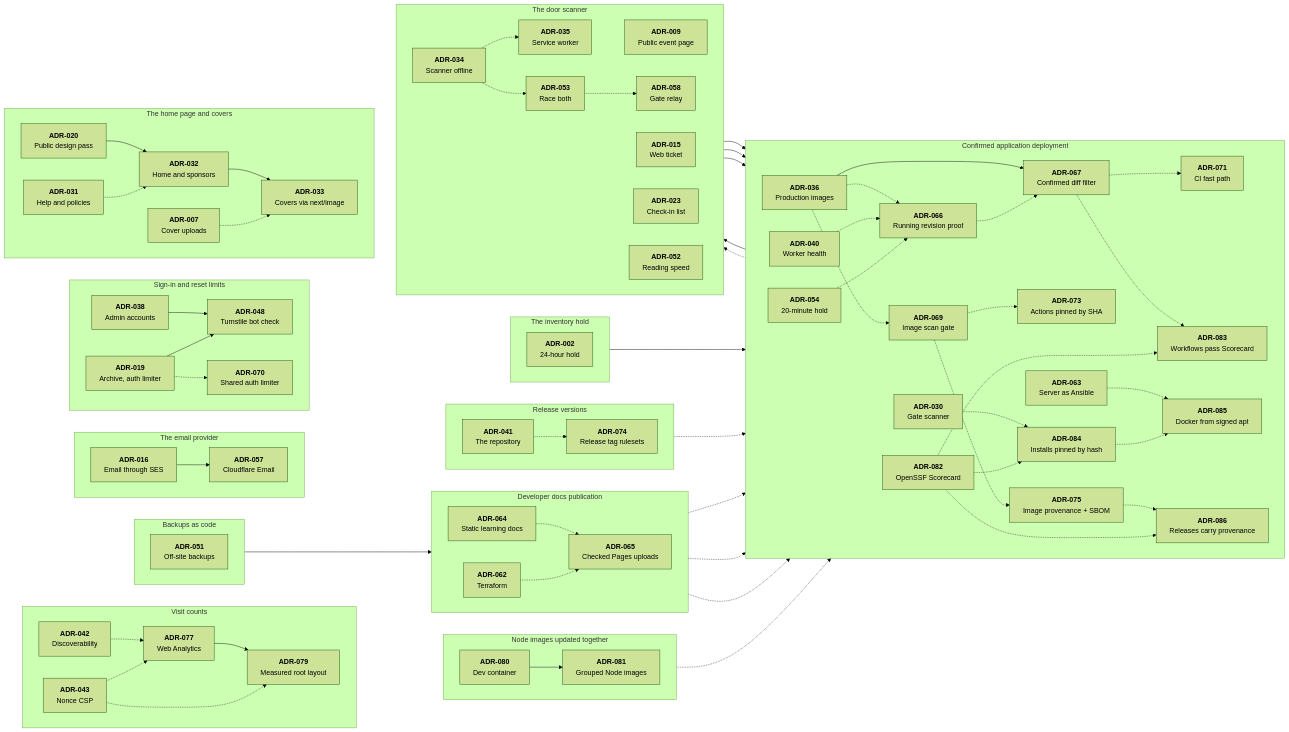
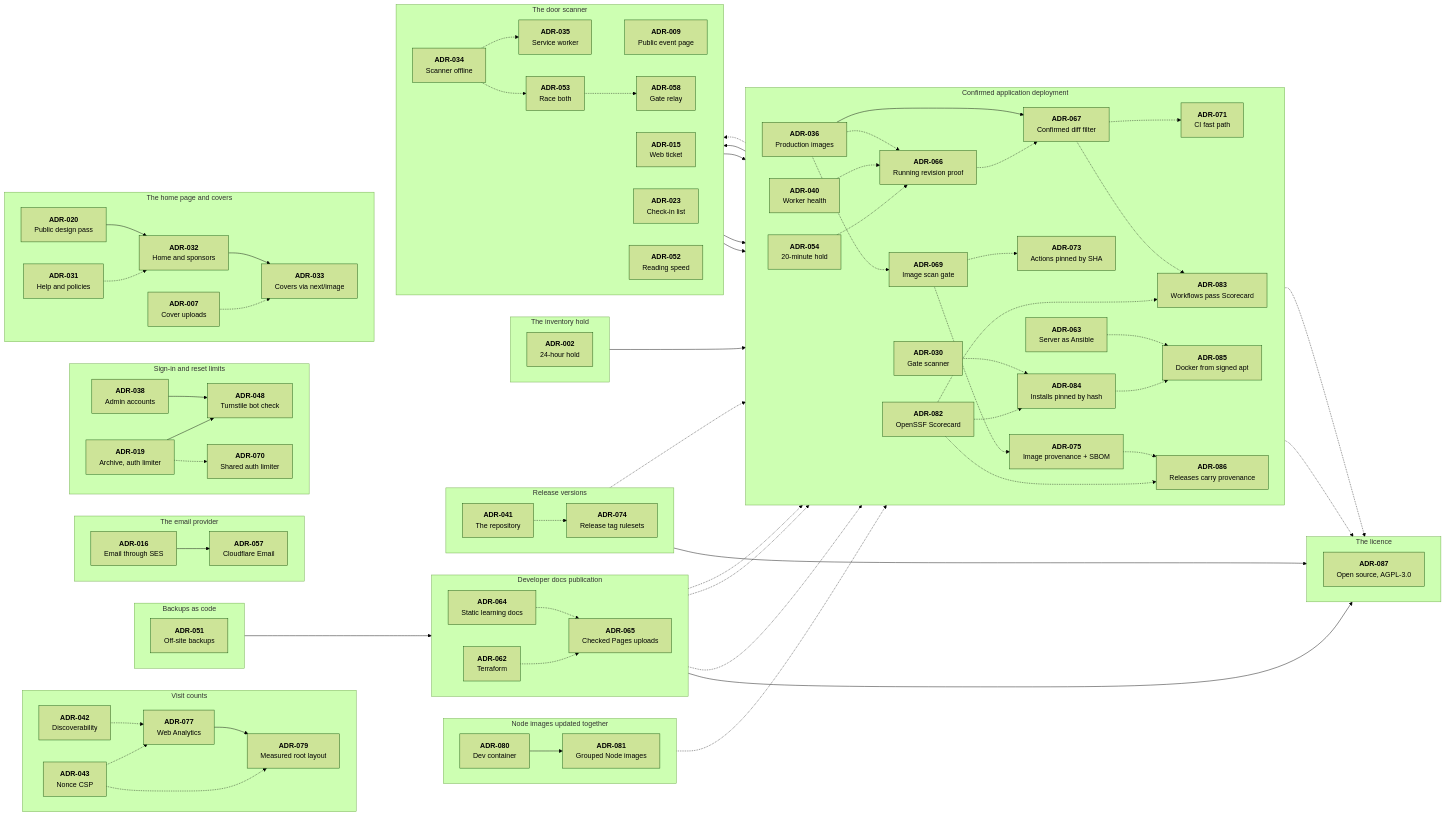
One commit to Ashfak-Hossain/EchoAndAura changed the diagram in docs/decisions/README.md. Above: the diagram before and after it, drawn with Mermaid (forest theme). The commit also changed other lines of this file and 23 other files, not shown here.

First line of the commit message:
docs: open source the code under AGPL-3.0, brand excluded

```diff
--- a/docs/decisions/README.md
+++ b/docs/decisions/README.md
@@ -159,6 +159,16 @@
         a074 -.-> a075
     end
 
+    subgraph licence ["The licence"]
+        direction LR
+        a087["`**ADR-087**
+        Open source, AGPL-3.0`"]
+        a041 --> a087
+        a064 --> a087
+        a067 -.-> a087
+        a082 -.-> a087
+    end
+
     subgraph mail ["The email provider"]
         direction LR
         a016["`**ADR-016**
```
